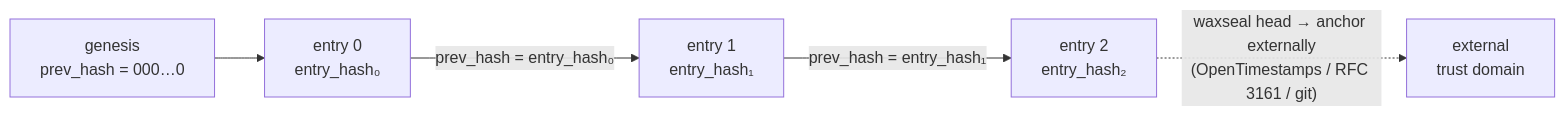
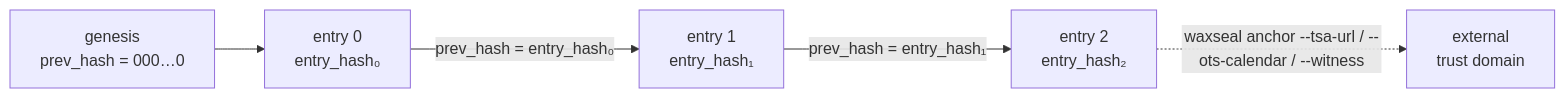
The second of 4 diagrams in README.md (cuongbphv/waxseal), drawn with Mermaid before and after one commit. The commit also changed other lines of this file and 122 other files, not shown here.

````diff
--- a/README.md
+++ b/README.md
@@ -76,7 +77,7 @@
 ```mermaid
 flowchart LR
     G["genesis<br/>prev_hash = 000…0"] --> E0["entry 0<br/>entry_hash₀"]
     E0 -- "prev_hash = entry_hash₀" --> E1["entry 1<br/>entry_hash₁"]
     E1 -- "prev_hash = entry_hash₁" --> E2["entry 2<br/>entry_hash₂"]
-    E2 -. "waxseal head → anchor externally<br/>(OpenTimestamps / RFC 3161 / git)" .-> X["external<br/>trust domain"]
+    E2 -. "waxseal anchor --tsa-url / --ots-calendar / --witness" .-> X["external<br/>trust domain"]
 ```
````
